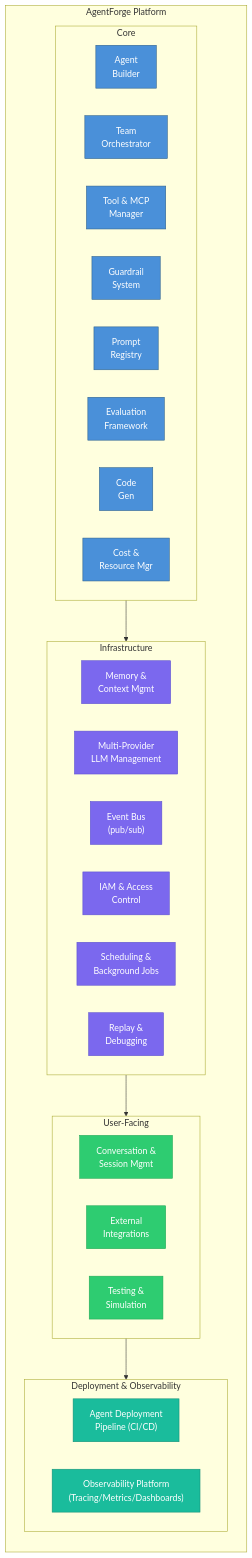
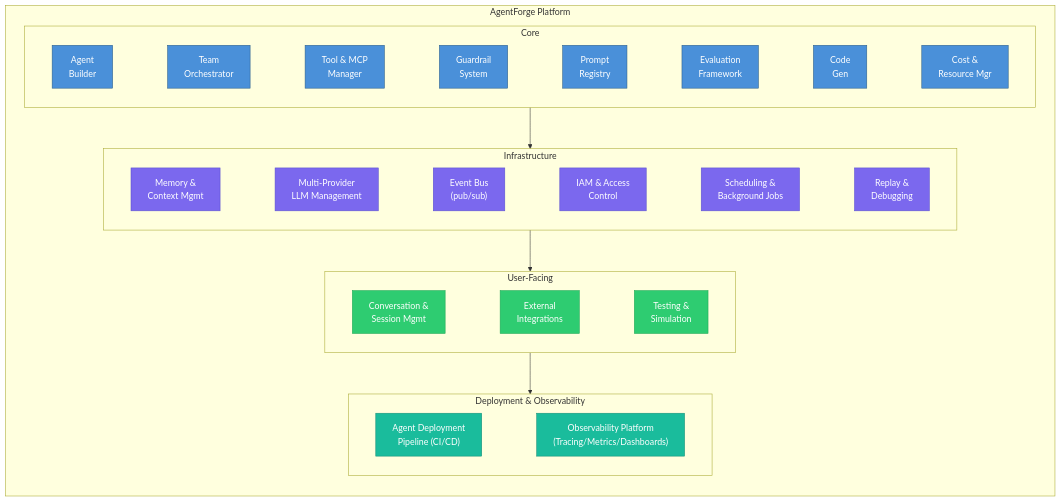
Before and after one commit to francescofioredev/agentic-infra-platform: the first of 5 diagrams in docs/architecture/00-system-overview.md, drawn with Mermaid. The commit also changed other lines of this file and 2 other files, not shown here.

````diff
--- a/docs/architecture/00-system-overview.md
+++ b/docs/architecture/00-system-overview.md
@@ -7,55 +7,59 @@
 ```mermaid
 graph TD
     classDef core fill:#4A90D9,stroke:#2C5F8A,color:#fff
     classDef infra fill:#7B68EE,stroke:#5A4FCF,color:#fff
     classDef userFacing fill:#2ECC71,stroke:#1FA855,color:#fff
     classDef platform fill:#1ABC9C,stroke:#148F77,color:#fff
 
     subgraph PLATFORM["AgentForge Platform"]
         direction TB
 
         subgraph CORE["Core"]
             direction LR
             AB["Agent<br/>Builder"]
             TO["Team<br/>Orchestrator"]
             TM["Tool & MCP<br/>Manager"]
             GS["Guardrail<br/>System"]
             PR["Prompt<br/>Registry"]
             EF["Evaluation<br/>Framework"]
             CG["Code<br/>Gen"]
             CR["Cost &<br/>Resource Mgr"]
+            AB ~~~ TO ~~~ TM ~~~ GS ~~~ PR ~~~ EF ~~~ CG ~~~ CR
         end
 
         subgraph INFRA["Infrastructure"]
             direction LR
             MC["Memory &<br/>Context Mgmt"]
             ML["Multi-Provider<br/>LLM Management"]
             EB["Event Bus<br/>(pub/sub)"]
             IA["IAM & Access<br/>Control"]
             SJ["Scheduling &<br/>Background Jobs"]
             RD["Replay &<br/>Debugging"]
+            MC ~~~ ML ~~~ EB ~~~ IA ~~~ SJ ~~~ RD
         end
 
         subgraph UF["User-Facing"]
             direction LR
             CS["Conversation &<br/>Session Mgmt"]
             EI["External<br/>Integrations"]
             TS["Testing &<br/>Simulation"]
+            CS ~~~ EI ~~~ TS
         end
 
         subgraph DO["Deployment & Observability"]
             direction LR
             DP["Agent Deployment<br/>Pipeline (CI/CD)"]
             OP["Observability Platform<br/>(Tracing/Metrics/Dashboards)"]
+            DP ~~~ OP
         end
     end
 
     CORE --> INFRA
     INFRA --> UF
     UF --> DO
 
     class AB,TO,TM,GS,PR,EF,CG,CR core
     class MC,ML,EB,IA,SJ,RD infra
     class CS,EI,TS userFacing
     class DP,OP platform
 ```
````
